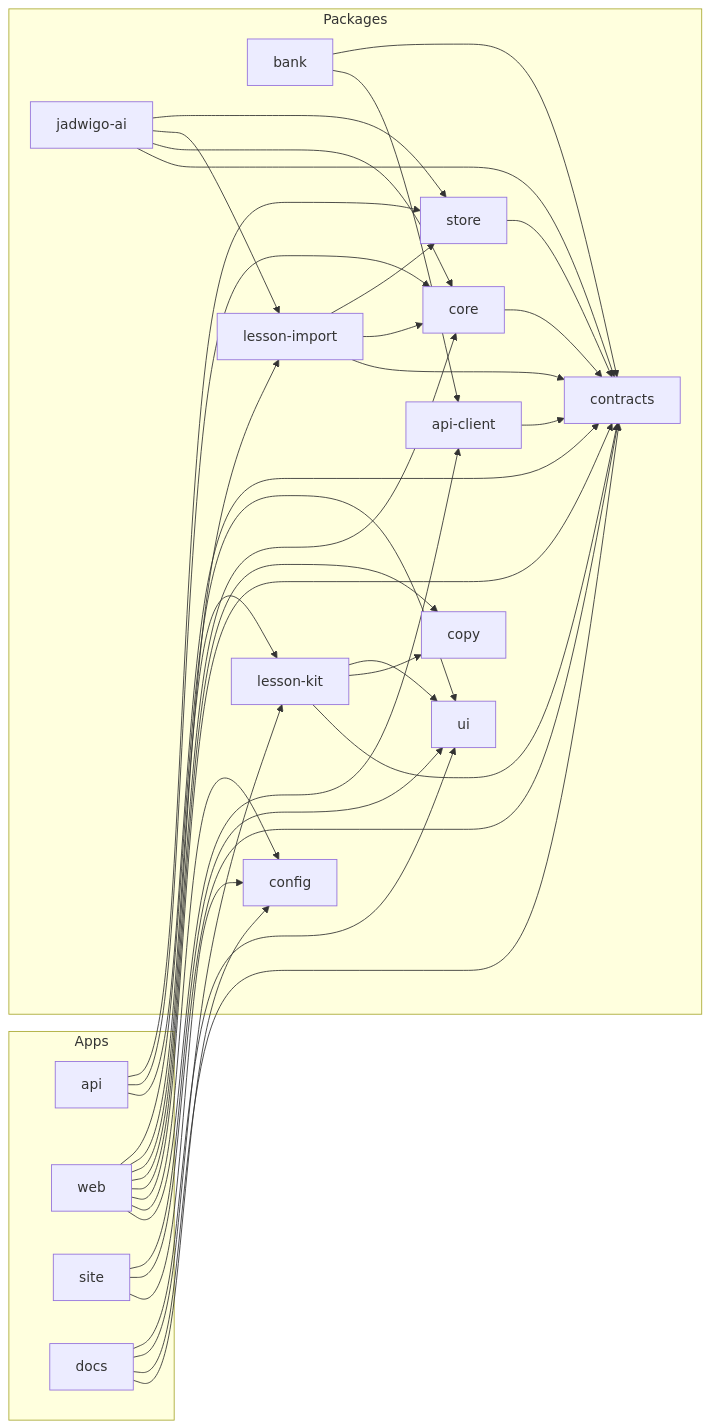
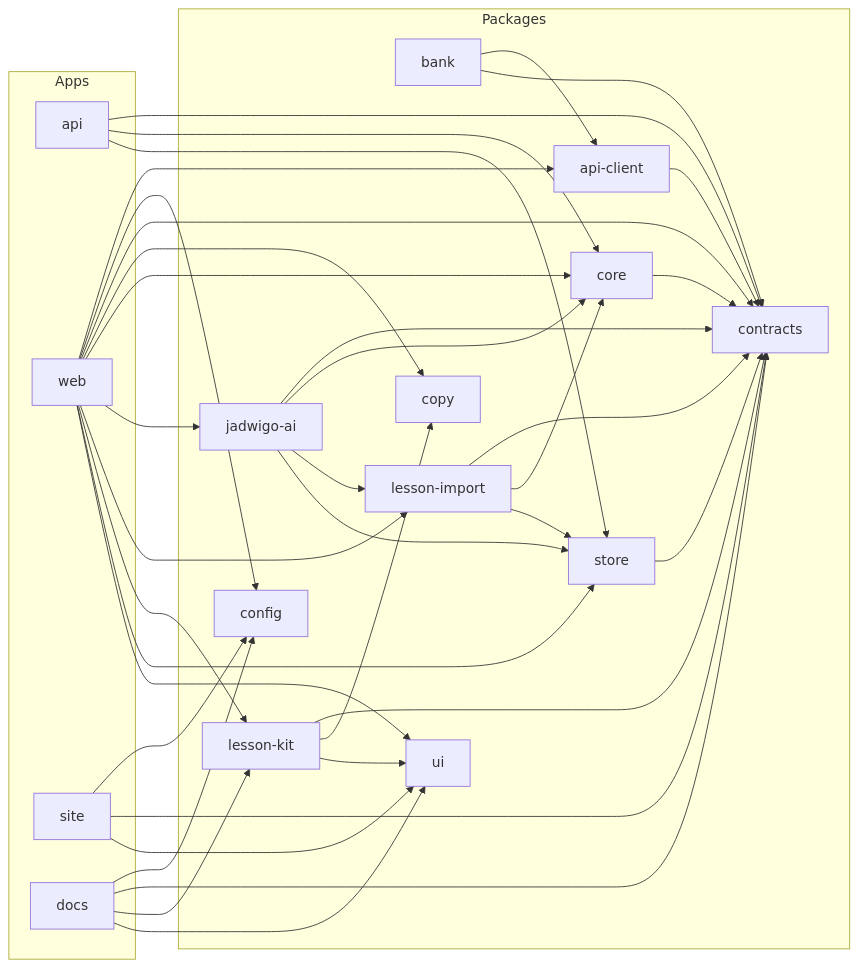
One commit to vasyl-stanislavchuk/jadwigo-hackathon changed the diagram in apps/docs/src/content/docs/architecture/monorepo.md. Above: the diagram before and after it, drawn with Mermaid. The commit also changed 19 other files, not shown here.

````diff
--- a/apps/docs/src/content/docs/architecture/monorepo.md
+++ b/apps/docs/src/content/docs/architecture/monorepo.md
@@ -20,55 +20,57 @@
 ```mermaid
 flowchart LR
   subgraph apps [Apps]
     api
     web
     site
     docs
   end
   subgraph packages [Packages]
     api_client["api-client"]
     bank
     config
     contracts
     copy
     core
     jadwigo_ai["jadwigo-ai"]
     lesson_import["lesson-import"]
     lesson_kit["lesson-kit"]
     store
     ui
   end
   api --> contracts
   api --> core
   api --> store
   web --> api_client
   web --> config
   web --> contracts
   web --> copy
   web --> core
+  web --> jadwigo_ai
   web --> lesson_import
   web --> lesson_kit
+  web --> store
   web --> ui
   site --> config
   site --> contracts
   site --> ui
   docs --> config
   docs --> contracts
   docs --> lesson_kit
   docs --> ui
   api_client --> contracts
   bank --> api_client
   bank --> contracts
   core --> contracts
   jadwigo_ai --> contracts
   jadwigo_ai --> core
   jadwigo_ai --> lesson_import
   jadwigo_ai --> store
   lesson_import --> contracts
   lesson_import --> core
   lesson_import --> store
   lesson_kit --> contracts
   lesson_kit --> copy
   lesson_kit --> ui
   store --> contracts
 ```
````
